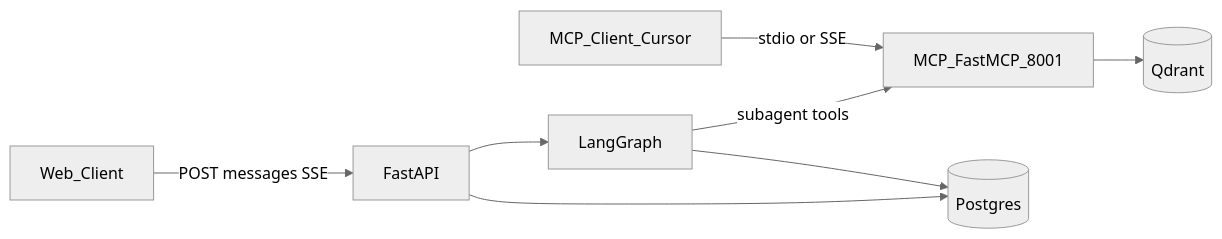
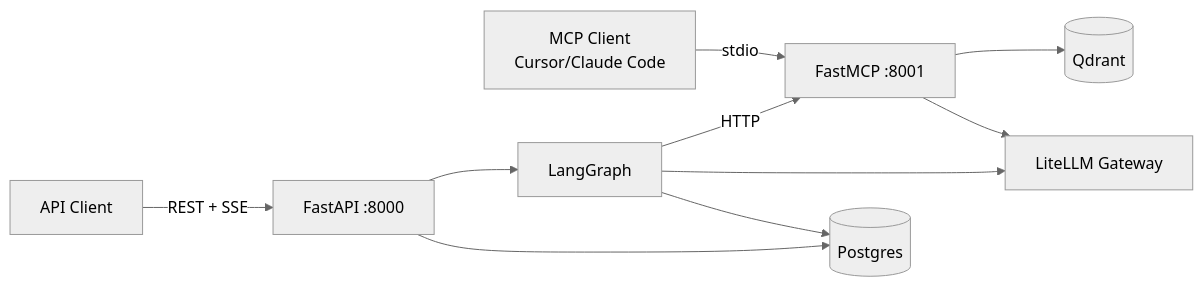
The first of 2 diagrams in docs/agent_architecture.md (BeketML/ZimShire), drawn with Mermaid (neutral theme) before and after one commit. The commit also changed other lines of this file and 3 other files, not shown here.

````diff
--- a/docs/agent_architecture.md
+++ b/docs/agent_architecture.md
@@ -34,18 +30,21 @@
 ```mermaid
 flowchart LR
-    WebClient[Web_Client]
-    MCPClient[MCP_Client_Cursor]
-    API[FastAPI]
-    MCPProc[MCP_FastMCP_8001]
+    WebClient[API Client]
+    MCPClient[MCP Client\nCursor/Claude Code]
+    API[FastAPI :8000]
+    MCPProc[FastMCP :8001]
     Graph[LangGraph]
     PG[(Postgres)]
     QD[(Qdrant)]
+    LLM[LiteLLM Gateway]
 
-    WebClient -->|POST messages SSE| API
-    MCPClient -->|stdio or SSE| MCPProc
+    WebClient -->|REST + SSE| API
+    MCPClient -->|stdio| MCPProc
     API --> Graph
-    Graph -->|subagent tools| MCPProc
+    Graph -->|HTTP| MCPProc
     MCPProc --> QD
+    MCPProc --> LLM
+    Graph --> LLM
     API --> PG
     Graph --> PG
 ```
````
